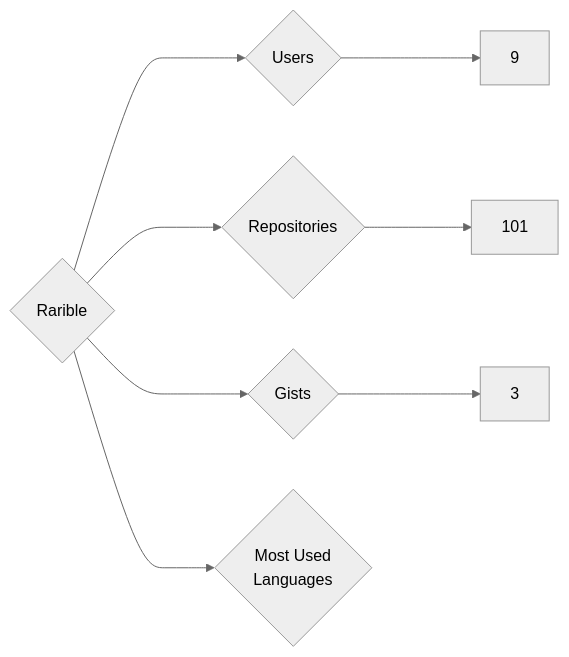
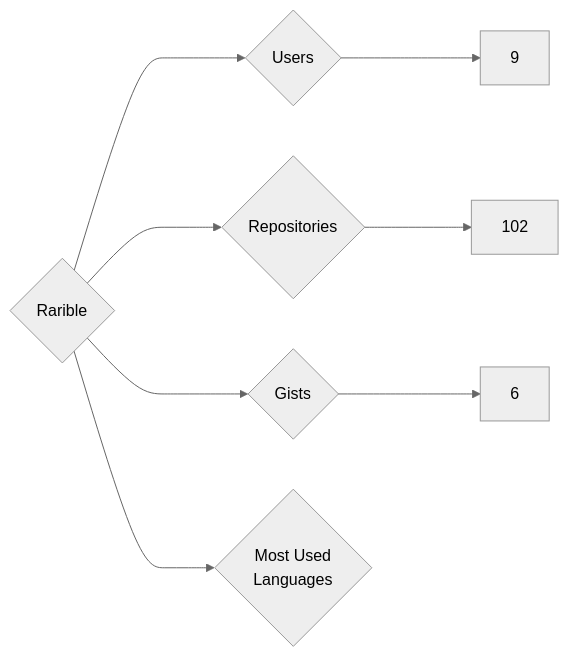
One commit to nenadzaric/insiders changed the diagram in targets/Rarible/README.md. Above: the diagram before and after it, drawn with Mermaid (neutral theme). The commit also changed 1342 other files, not shown here.

````diff
--- a/targets/Rarible/README.md
+++ b/targets/Rarible/README.md
@@ -3,8 +3,8 @@
 ```mermaid
 graph LR
 COMPANY_NAME{Rarible}
 COMPANY_NAME ---> U{Users} ---> UN[9]
-COMPANY_NAME ---> R{Repositories} ---> RN[101]
-COMPANY_NAME ---> G{Gists} ---> GN[3]
+COMPANY_NAME ---> R{Repositories} ---> RN[102]
+COMPANY_NAME ---> G{Gists} ---> GN[6]
 COMPANY_NAME ---> ML{Most Used<br>Languages}
 ```
````
